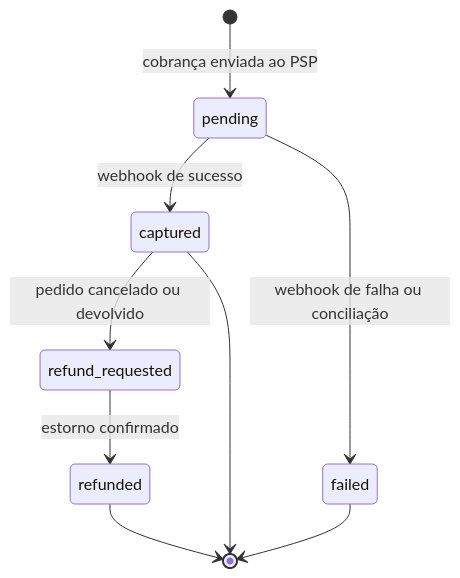
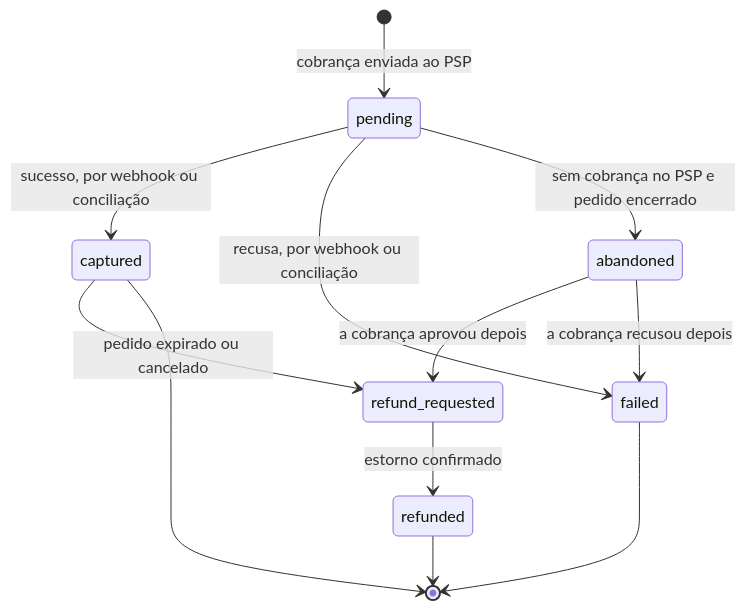
The second of 4 diagrams in docs/architecture/state-machines.md (flaviotinococoutinho/Tucano_vibe_chaos), drawn with Mermaid before and after one commit. The commit also changed other lines of this file and 49 other files, not shown here.

````diff
--- a/docs/architecture/state-machines.md
+++ b/docs/architecture/state-machines.md
@@ -49,11 +49,14 @@
 ```mermaid
 stateDiagram-v2
   [*] --> pending: cobrança enviada ao PSP
-  pending --> captured: webhook de sucesso
-  pending --> failed: webhook de falha ou conciliação
-  captured --> refund_requested: pedido cancelado ou devolvido
+  pending --> captured: sucesso, por webhook ou conciliação
+  pending --> failed: recusa, por webhook ou conciliação
+  pending --> abandoned: sem cobrança no PSP e pedido encerrado
+  abandoned --> refund_requested: a cobrança aprovou depois
+  abandoned --> failed: a cobrança recusou depois
+  captured --> refund_requested: pedido expirado ou cancelado
   refund_requested --> refunded: estorno confirmado
   captured --> [*]
   failed --> [*]
   refunded --> [*]
 ```
````
